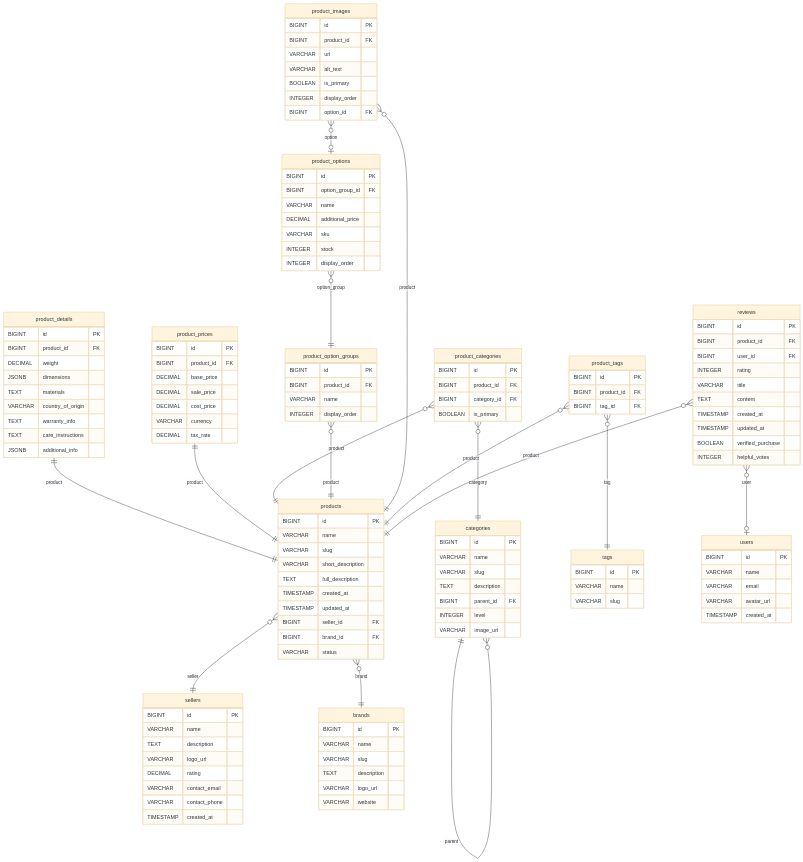
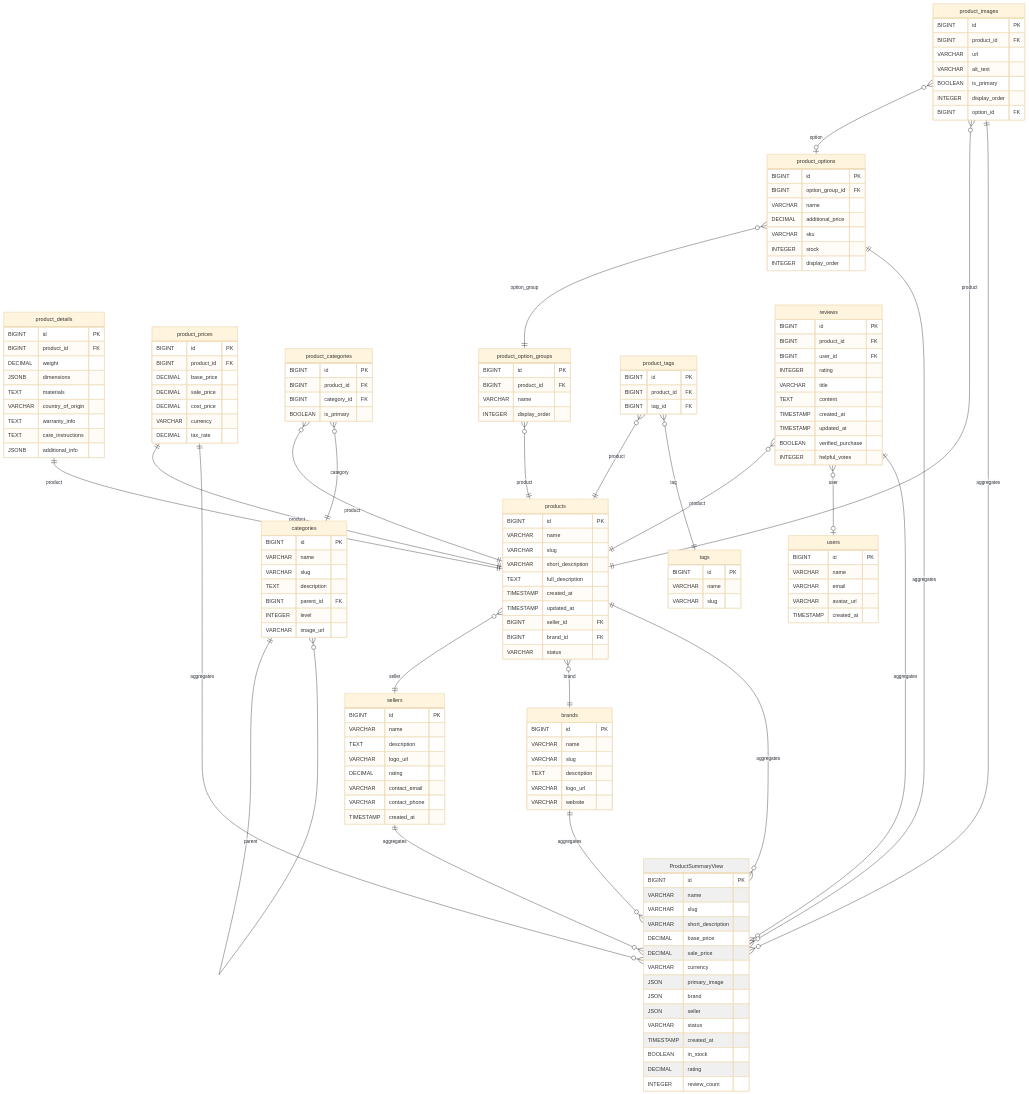
Before and after one commit to NarciSource/Pre-Onboarding-Challenge-BE-31: the diagram in README.md, drawn with Mermaid (base theme).

Commit message:
docs: ERD에 ProductSummaryView 추가

````diff
--- a/README.md
+++ b/README.md
@@ -190,4 +190,32 @@
     product_tags }o--|| tags : tag
     reviews }o--|| products : product
     reviews }o--o| users : user
+
+    ProductSummaryView:::viewStyle {
+        BIGINT id PK
+        VARCHAR name
+        VARCHAR slug
+        VARCHAR short_description
+        DECIMAL base_price
+        DECIMAL sale_price
+        VARCHAR currency
+        JSON primary_image
+        JSON brand
+        JSON seller
+        VARCHAR status
+        TIMESTAMP created_at
+        BOOLEAN in_stock
+        DECIMAL rating
+        INTEGER review_count
+    }
+
+    products ||--o{ ProductSummaryView : aggregates
+    product_prices ||--o{ ProductSummaryView : aggregates
+    reviews ||--o{ ProductSummaryView : aggregates
+    brands ||--o{ ProductSummaryView : aggregates
+    sellers ||--o{ ProductSummaryView : aggregates
+    product_images ||--o{ ProductSummaryView : aggregates
+    product_options ||--o{ ProductSummaryView : aggregates
+
+    classDef viewStyle fill:#F0F0F0
 ```
````
